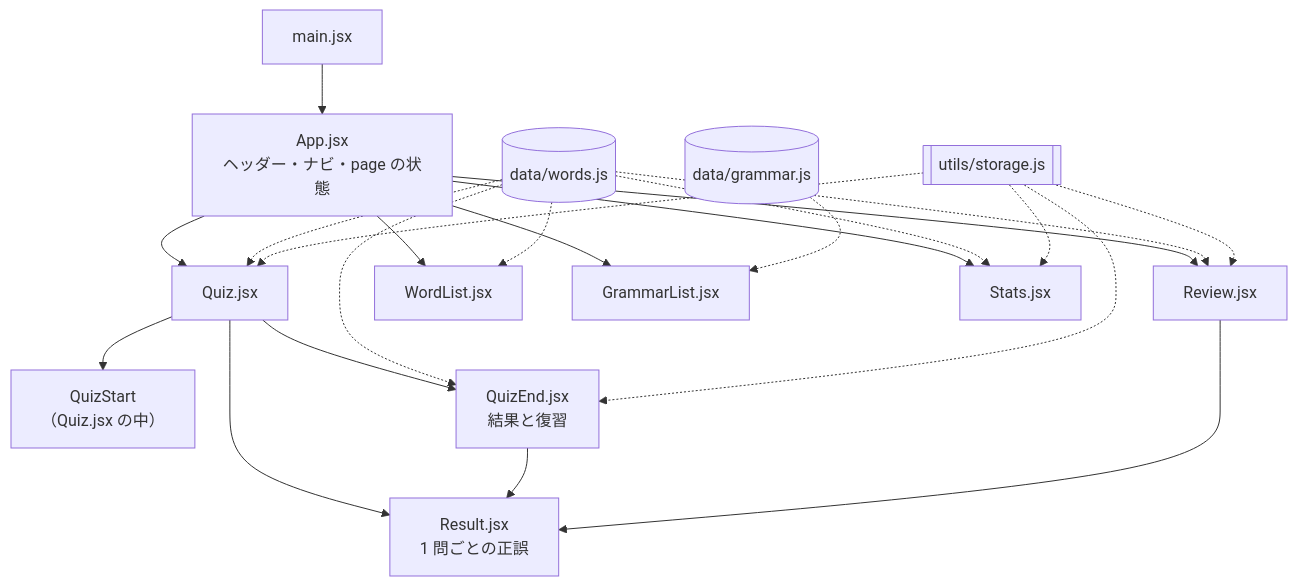
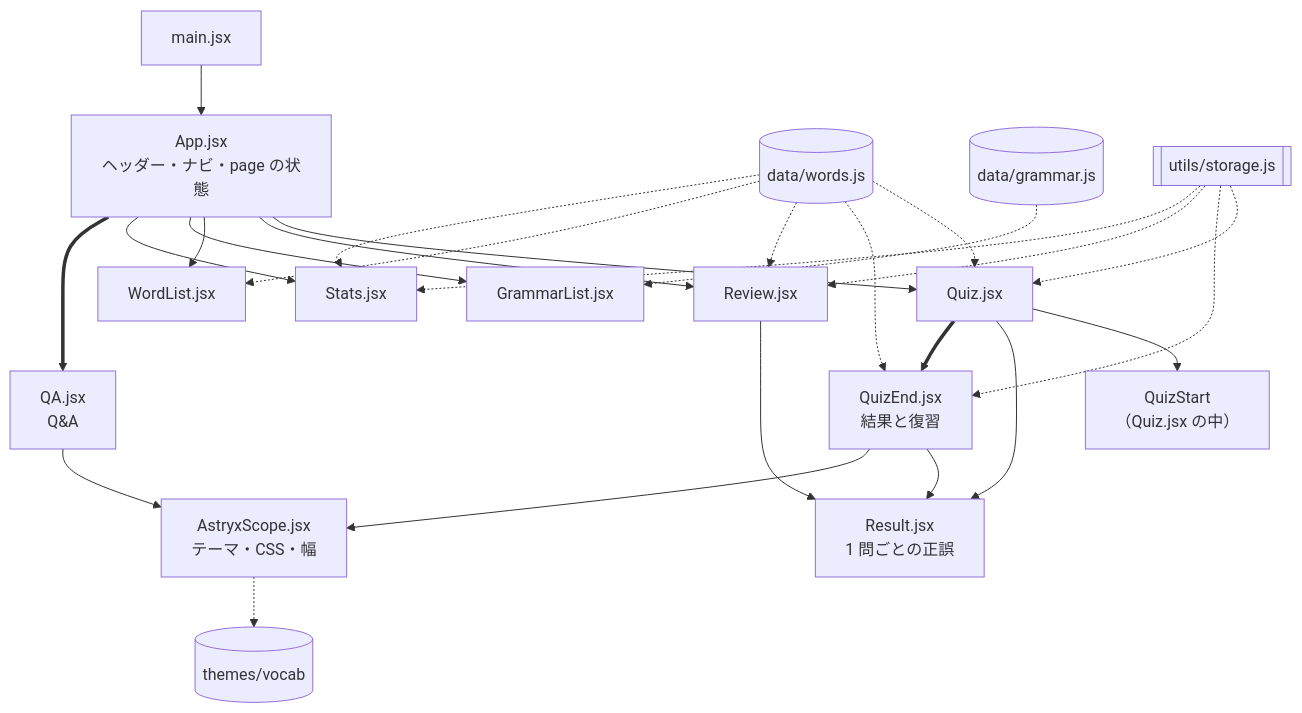
The third of 5 diagrams in README.md (maco165/english-vocab-app), drawn with Mermaid before and after one commit. The commit also changed other lines of this file and 3 other files, not shown here.

````diff
--- a/README.md
+++ b/README.md
@@ -163,24 +180,28 @@
 ```mermaid
 flowchart TD
   main["main.jsx"] --> App["App.jsx<br/>ヘッダー・ナビ・page の状態"]
   App --> Quiz["Quiz.jsx"]
   App --> Review["Review.jsx"]
   App --> WordList["WordList.jsx"]
   App --> GrammarList["GrammarList.jsx"]
   App --> Stats["Stats.jsx"]
+  App ==> QA["QA.jsx<br/>Q&A"]
   Quiz --> QuizStart["QuizStart<br/>（Quiz.jsx の中）"]
   Quiz --> Result["Result.jsx<br/>1 問ごとの正誤"]
-  Quiz --> QuizEnd["QuizEnd.jsx<br/>結果と復習"]
+  Quiz ==> QuizEnd["QuizEnd.jsx<br/>結果と復習"]
   QuizEnd --> Result
+  QuizEnd --> Scope["AstryxScope.jsx<br/>テーマ・CSS・幅"]
+  QA --> Scope
+  Scope -.-> theme[("themes/vocab")]
   Review --> Result
   words[("data/words.js")] -.-> Quiz
   words -.-> QuizEnd
   words -.-> Review
   words -.-> WordList
   words -.-> Stats
   grammar[("data/grammar.js")] -.-> GrammarList
   storage[["utils/storage.js"]] -.-> Quiz
   storage -.-> QuizEnd
   storage -.-> Review
   storage -.-> Stats
 ```
````
